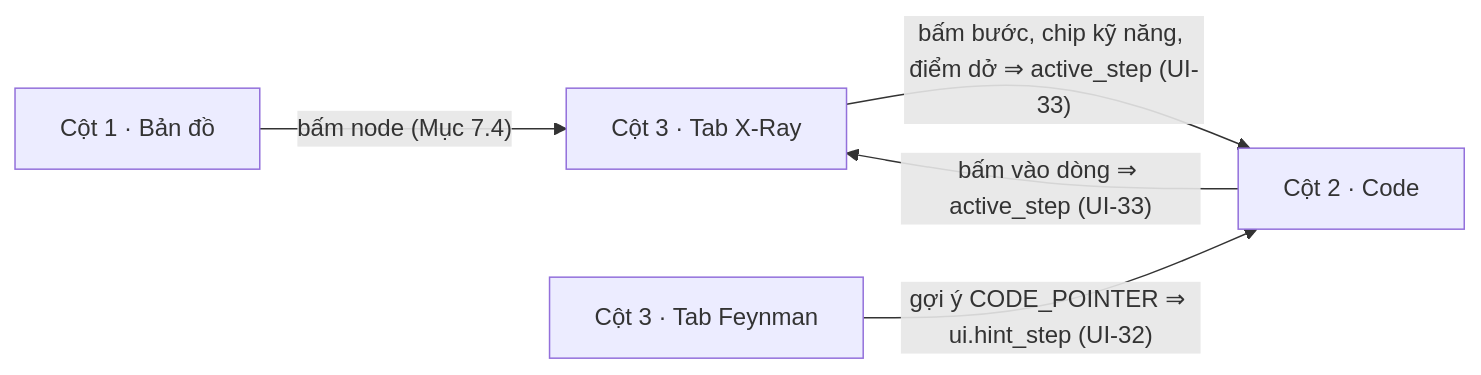
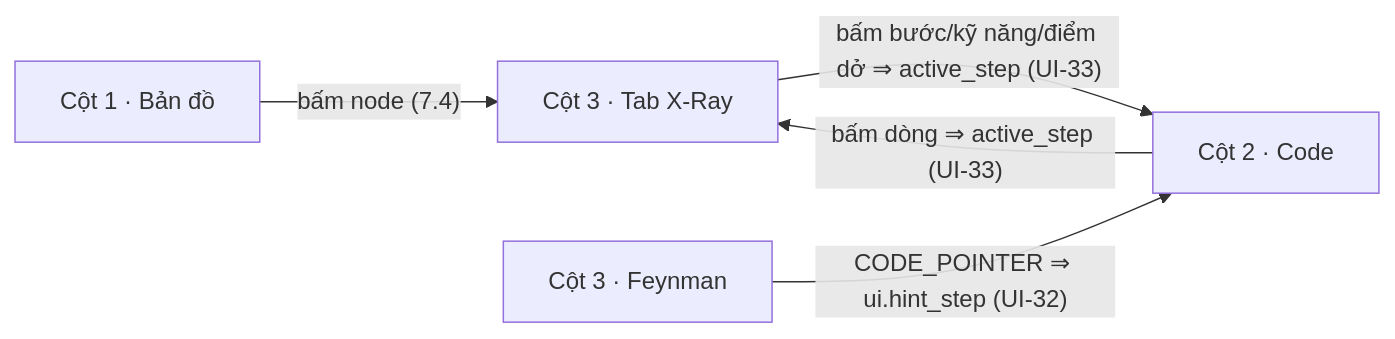
Before and after one commit to huynhthanhnhannnh-pixel/Hackathon_SGU: the diagram in spec/30_UI.md, drawn with Mermaid. The commit also changed other lines of this file and 5 other files, not shown here.

````diff
--- a/spec/30_UI.md
+++ b/spec/30_UI.md
@@ -46,7 +17,7 @@
 ```mermaid
 flowchart LR
-  MAP["Cột 1 · Bản đồ"] -- "bấm node (Mục 7.4)" --> XR["Cột 3 · Tab X-Ray"]
-  XR -- "bấm bước, chip kỹ năng, điểm dở ⇒ active_step (UI-33)" --> CODE["Cột 2 · Code"]
-  CODE -- "bấm vào dòng ⇒ active_step (UI-33)" --> XR
-  FY["Cột 3 · Tab Feynman"] -- "gợi ý CODE_POINTER ⇒ ui.hint_step (UI-32)" --> CODE
+  MAP["Cột 1 · Bản đồ"] -- "bấm node (7.4)" --> XR["Cột 3 · Tab X-Ray"]
+  XR -- "bấm bước/kỹ năng/điểm dở ⇒ active_step (UI-33)" --> CODE["Cột 2 · Code"]
+  CODE -- "bấm dòng ⇒ active_step (UI-33)" --> XR
+  FY["Cột 3 · Feynman"] -- "CODE_POINTER ⇒ ui.hint_step (UI-32)" --> CODE
 ```
````
